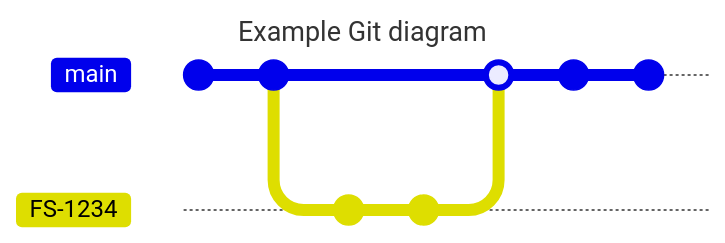
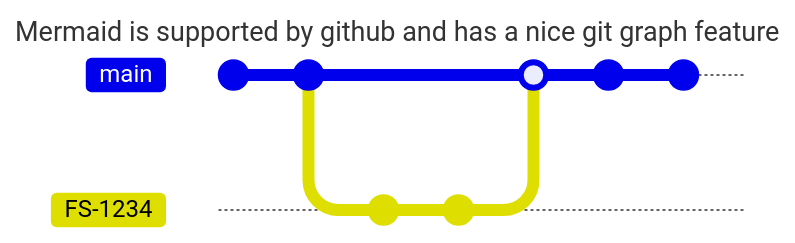
Before and after one commit to sebastian-freitag/mermaid_playground: the diagram in README.md, drawn with Mermaid. Commit ids are hidden.

````diff
--- a/README.md
+++ b/README.md
@@ -7,16 +7,16 @@
 ```mermaid
 ---
-title: Example Git diagram
+title: Mermaid is supported by github and has a nice git graph feature
 ---
 gitGraph
    commit
    commit
    branch FS-1234
    checkout FS-1234
    commit
    commit
    checkout main
    merge FS-1234
    commit
    commit
 ```
````
